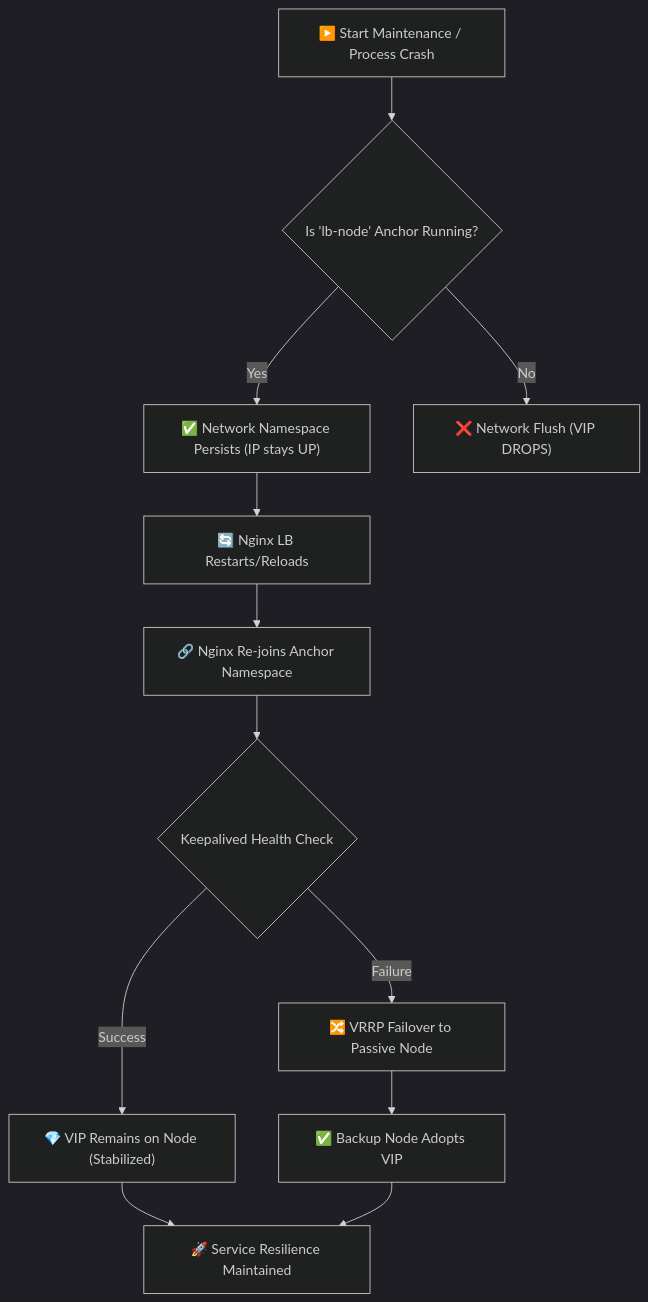
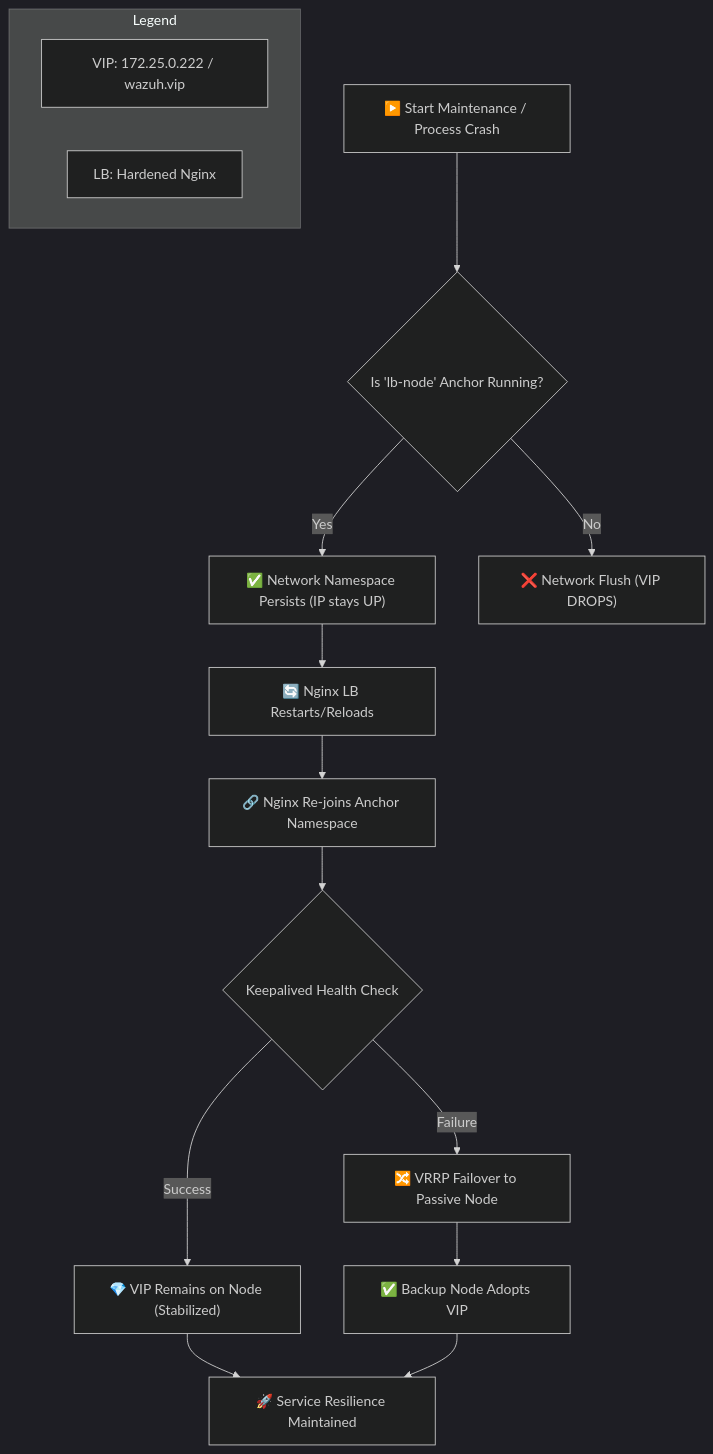
One commit to SaeidSec/Secret-Project changed the third of 3 diagrams in multi-node/MASTER_PROJECT_DOCUMENTATION.md. Above: the diagram before and after it, drawn with Mermaid (dark theme). The commit also changed other lines of this file and 1 other file, not shown here.

````diff
--- a/multi-node/MASTER_PROJECT_DOCUMENTATION.md
+++ b/multi-node/MASTER_PROJECT_DOCUMENTATION.md
@@ -172,18 +172,23 @@
 ```mermaid
 flowchart TD
     Start["▶️ Start Maintenance / Process Crash"] --> CheckPause{"Is 'lb-node' Anchor Running?"}
     
     CheckPause -- "Yes" --> NetStable["✅ Network Namespace Persists (IP stays UP)"]
     CheckPause -- "No" --> NetDown["❌ Network Flush (VIP DROPS)"]
     
     NetStable --> LB_Restart["🔄 Nginx LB Restarts/Reloads"]
     LB_Restart --> Reattach["🔗 Nginx Re-joins Anchor Namespace"]
     
     Reattach --> KA_Check{"Keepalived Health Check"}
     KA_Check -- "Success" --> HoldVIP["💎 VIP Remains on Node (Stabilized)"]
     KA_Check -- "Failure" --> Failover["🔀 VRRP Failover to Passive Node"]
     
     Failover --> BackupIP["✅ Backup Node Adopts VIP"]
     HoldVIP --> End["🚀 Service Resilience Maintained"]
     BackupIP --> End
+    
+    subgraph Legend
+        V["VIP: 172.25.0.222 / wazuh.vip"]
+        H["LB: Hardened Nginx"]
+    end
 ```
````
